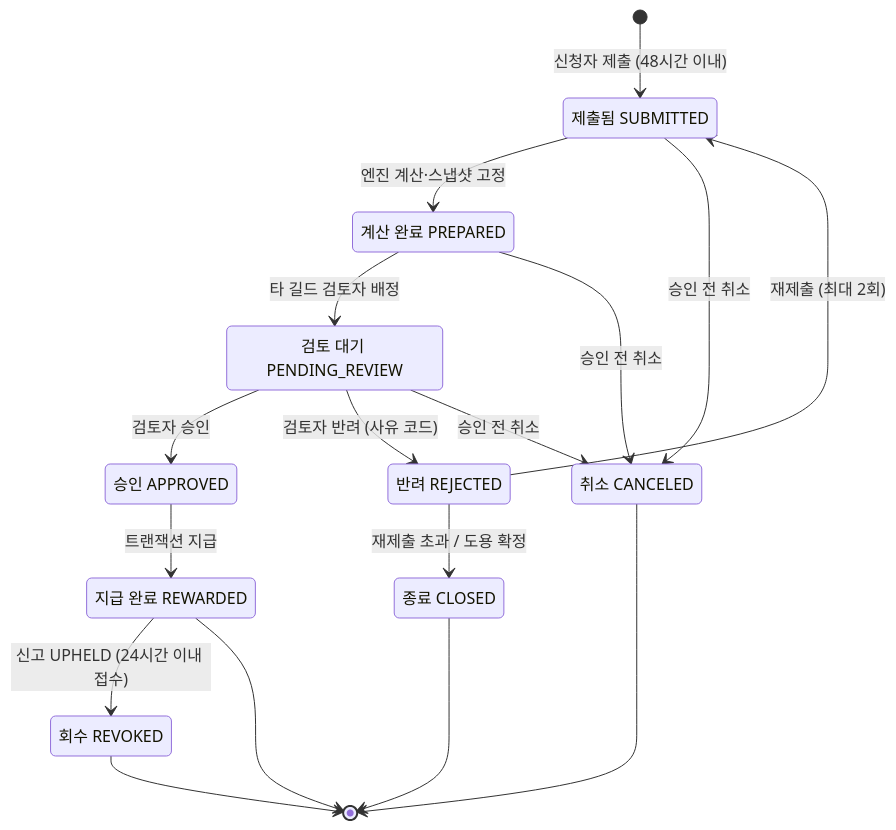
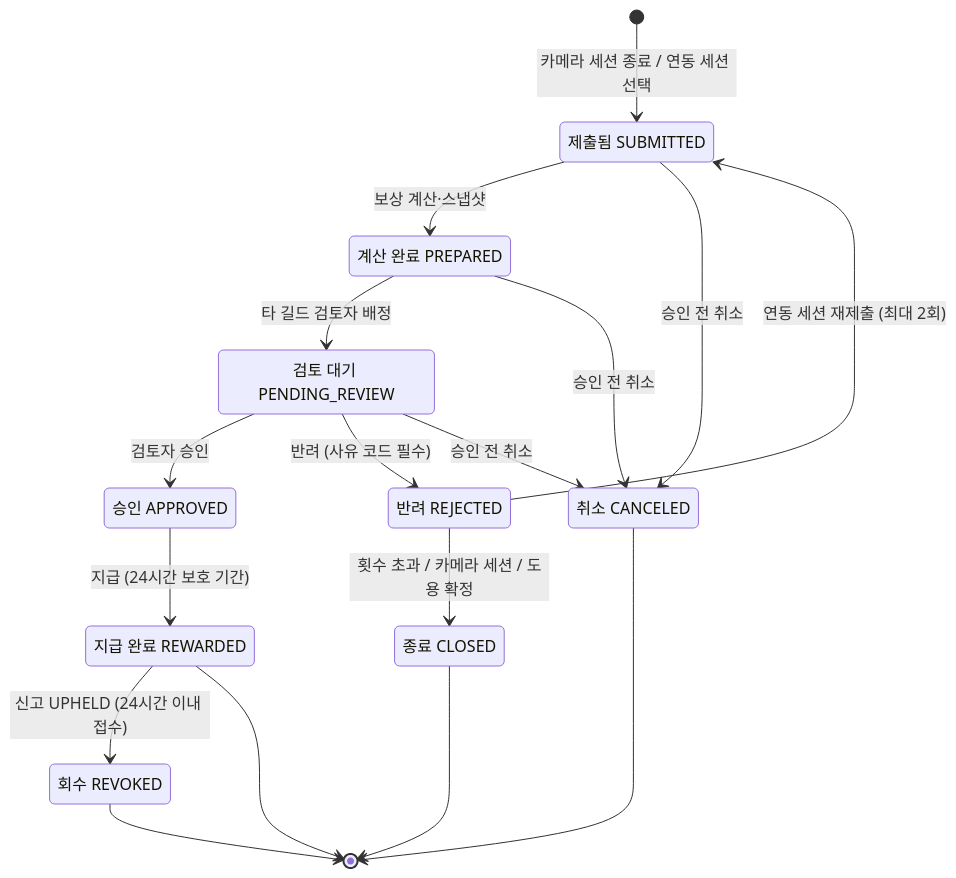
Before and after one commit to AIServiceT2/HealthService_d: the diagram in docs/domain/03-rules-states-llm.md, drawn with Mermaid. The commit also changed other lines of this file, not shown here.

Commit message:
03-rules-states-llm.md 기획서 v4 기준으로 3-1~3-5 수정 (R11~R17, 카메라 세션 재제출 불가, 3-5 확인 예정 자료)

````diff
--- a/docs/domain/03-rules-states-llm.md
+++ b/docs/domain/03-rules-states-llm.md
@@ -61,29 +68,29 @@
 ```mermaid
 stateDiagram-v2
     state "제출됨 SUBMITTED" as submitted
     state "계산 완료 PREPARED" as prepared
     state "검토 대기 PENDING_REVIEW" as pending
     state "승인 APPROVED" as approved
     state "지급 완료 REWARDED" as rewarded
     state "반려 REJECTED" as rejected
     state "종료 CLOSED" as closed
     state "취소 CANCELED" as canceled
     state "회수 REVOKED" as revoked
 
-    [*] --> submitted : 신청자 제출 (48시간 이내)
-    submitted --> prepared : 엔진 계산·스냅샷 고정
+    [*] --> submitted : 카메라 세션 종료 / 연동 세션 선택
+    submitted --> prepared : 보상 계산·스냅샷
     prepared --> pending : 타 길드 검토자 배정
     pending --> approved : 검토자 승인
-    approved --> rewarded : 트랜잭션 지급
-    pending --> rejected : 검토자 반려 (사유 코드)
-    rejected --> submitted : 재제출 (최대 2회)
-    rejected --> closed : 재제출 초과 / 도용 확정
+    approved --> rewarded : 지급 (24시간 보호 기간)
+    pending --> rejected : 반려 (사유 코드 필수)
+    rejected --> submitted : 연동 세션 재제출 (최대 2회)
+    rejected --> closed : 횟수 초과 / 카메라 세션 / 도용 확정
     submitted --> canceled : 승인 전 취소
     prepared --> canceled : 승인 전 취소
     pending --> canceled : 승인 전 취소
     rewarded --> revoked : 신고 UPHELD (24시간 이내 접수)
     rewarded --> [*]
     closed --> [*]
     canceled --> [*]
     revoked --> [*]
 ```
````
